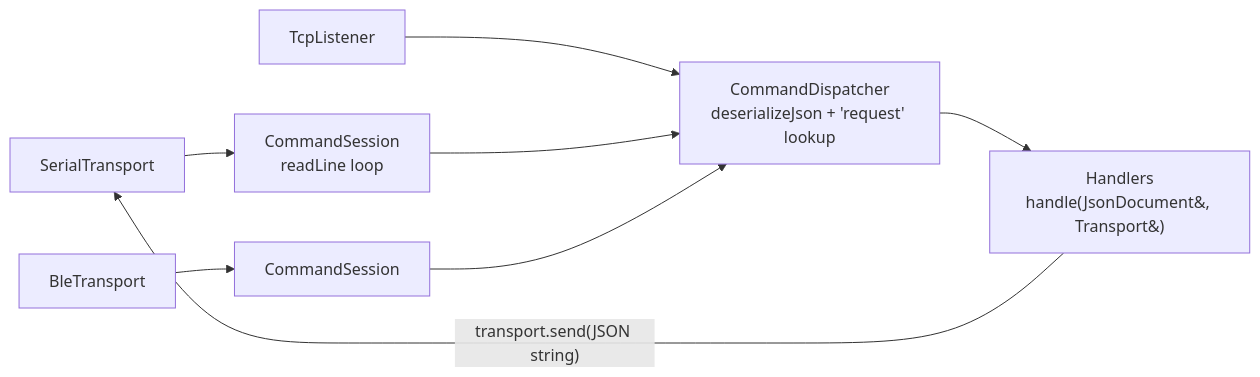
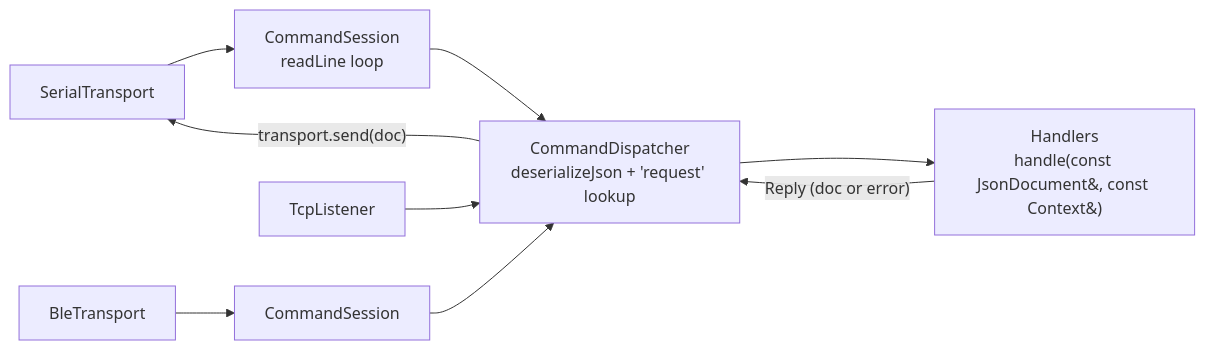
The first of 5 diagrams in firmware/docs/serial_shell.md (gerbiceva/lucke), drawn with Mermaid before and after one commit. The commit also changed other lines of this file and 25 other files, not shown here.

````diff
--- a/firmware/docs/serial_shell.md
+++ b/firmware/docs/serial_shell.md
@@ -10,10 +10,11 @@
 ```mermaid
 flowchart LR
     S[SerialTransport] --> CS[CommandSession<br/>readLine loop]
     B[BleTransport] --> CS2[CommandSession]
     T[TcpListener] --> D
     CS --> D[CommandDispatcher<br/>deserializeJson + 'request' lookup]
     CS2 --> D
-    D --> H["Handlers<br/>handle(JsonDocument&, Transport&)"]
-    H -- "transport.send(JSON string)" --> S
+    D --> H["Handlers<br/>handle(const JsonDocument&, const Context&)"]
+    H -- "Reply (doc or error)" --> D
+    D -- "transport.send(doc)" --> S
 ```
````
